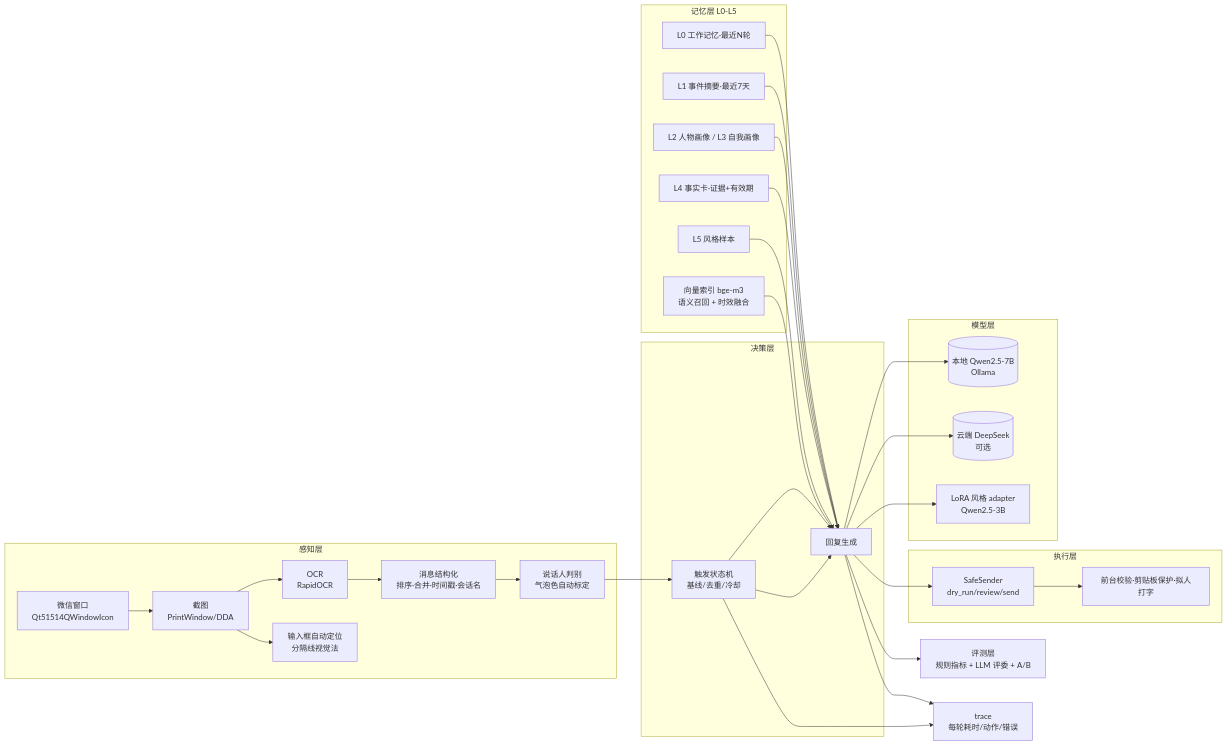
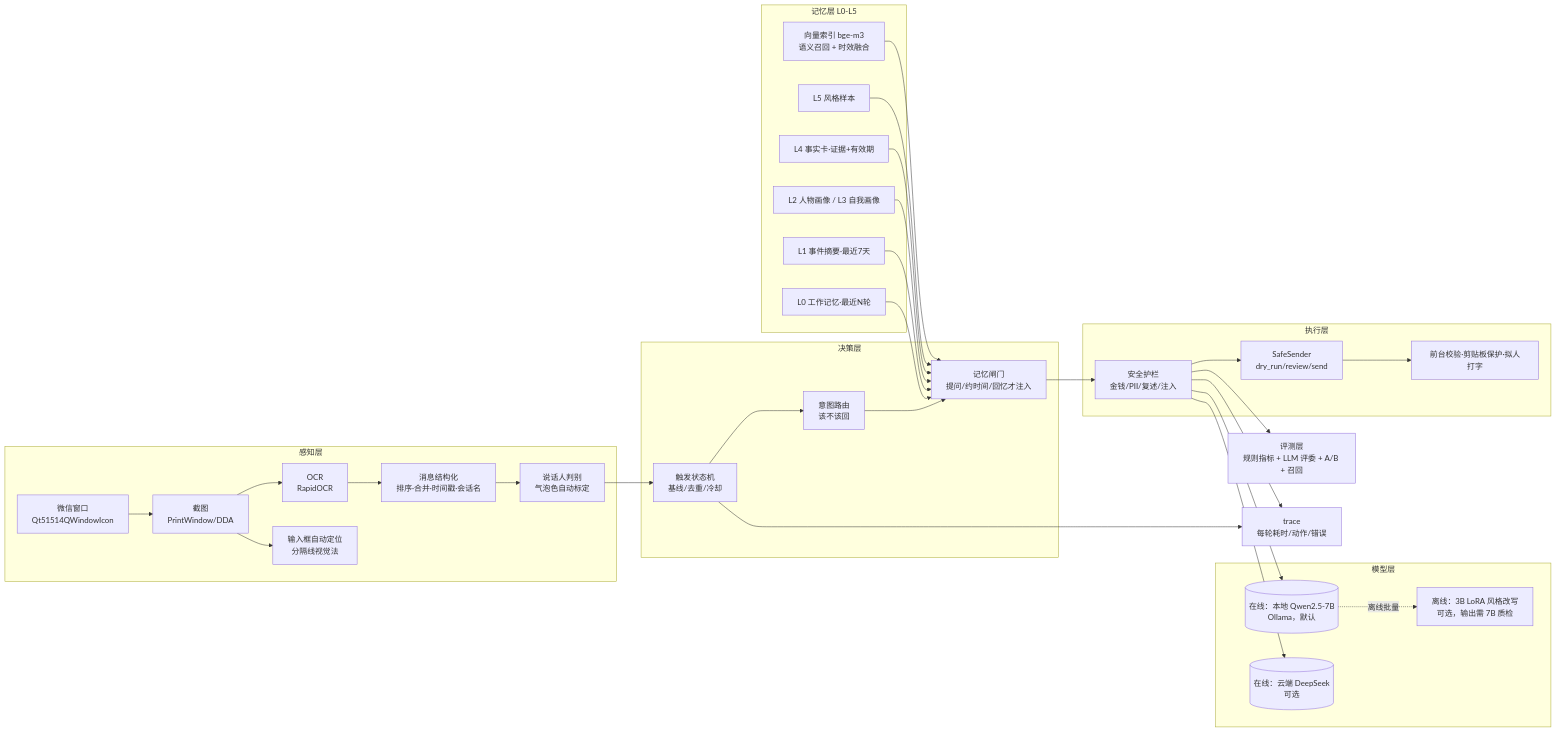
The diagram in README.md (hopetree09/WechatAutoReply), drawn with Mermaid before and after one commit. The commit also changed other lines of this file and 4 other files, not shown here.

````diff
--- a/README.md
+++ b/README.md
@@ -17,40 +17,43 @@
 ```mermaid
 flowchart LR
     subgraph 感知层
         W[微信窗口<br/>Qt51514QWindowIcon] --> C[截图<br/>PrintWindow/DDA]
         C --> O[OCR<br/>RapidOCR]
         O --> P[消息结构化<br/>排序·合并·时间戳·会话名]
         P --> S[说话人判别<br/>气泡色自动标定]
         C --> L[输入框自动定位<br/>分隔线视觉法]
     end
     subgraph 决策层
-        ST[触发状态机<br/>基线/去重/冷却] --> G[回复生成]
+        ST[触发状态机<br/>基线/去重/冷却] --> IR[意图路由<br/>该不该回]
+        IR --> MG[记忆闸门<br/>提问/约时间/回忆才注入]
     end
     subgraph 记忆层 L0-L5
         M1[L0 工作记忆·最近N轮]
         M2[L1 事件摘要·最近7天]
         M3[L2 人物画像 / L3 自我画像]
         M4[L4 事实卡·证据+有效期]
         M5[L5 风格样本]
         M6[向量索引 bge-m3<br/>语义召回 + 时效融合]
     end
     subgraph 模型层
-        LLM1[(本地 Qwen2.5-7B<br/>Ollama)]
-        LLM2[(云端 DeepSeek<br/>可选)]
-        LORA[LoRA 风格 adapter<br/>Qwen2.5-3B]
+        LLM1[(在线：本地 Qwen2.5-7B<br/>Ollama，默认)]
+        LLM2[(在线：云端 DeepSeek<br/>可选)]
+        LORA[离线：3B LoRA 风格改写<br/>可选，输出需 7B 质检]
     end
     subgraph 执行层
+        G[安全护栏<br/>金钱/PII/复述/注入]
         A[SafeSender<br/>dry_run/review/send]
         FG[前台校验·剪贴板保护·拟人打字]
     end
-    EV[评测层<br/>规则指标 + LLM 评委 + A/B]
+    EV[评测层<br/>规则指标 + LLM 评委 + A/B + 召回]
     TR[trace<br/>每轮耗时/动作/错误]
     S --> ST
-    ST --> G
-    M1 & M2 & M3 & M4 & M5 & M6 --> G
-    G --> LLM1 & LLM2 & LORA
+    MG --> G
+    M1 & M2 & M3 & M4 & M5 & M6 --> MG
+    G --> LLM1 & LLM2
+    LLM1 -.离线批量.-> LORA
     G --> A --> FG
     G --> EV
     ST --> TR
     G --> TR
 ```
````
